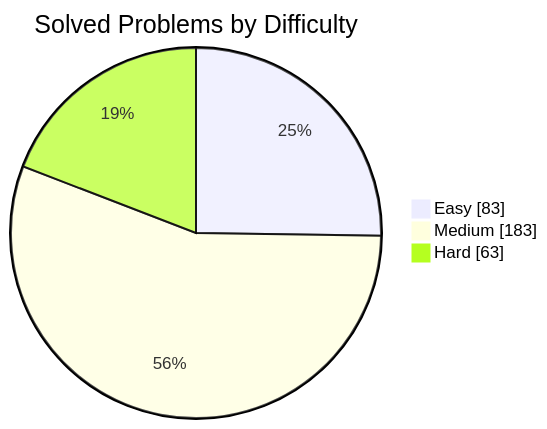
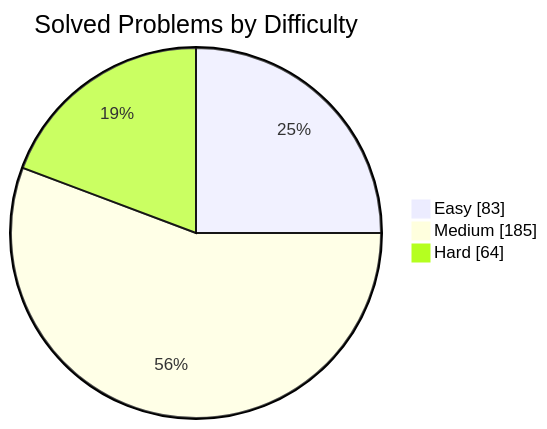
The first of 2 diagrams in README.md (manikantbindass/DSA-Preparation-FAANG), drawn with Mermaid before and after one commit. The commit also changed other lines of this file and 1 other file, not shown here.

````diff
--- a/README.md
+++ b/README.md
@@ -77,7 +77,7 @@
 ```mermaid
 pie showData
     title Solved Problems by Difficulty
     "Easy" : 83
-    "Medium" : 183
-    "Hard" : 63
+    "Medium" : 185
+    "Hard" : 64
 ```
````
